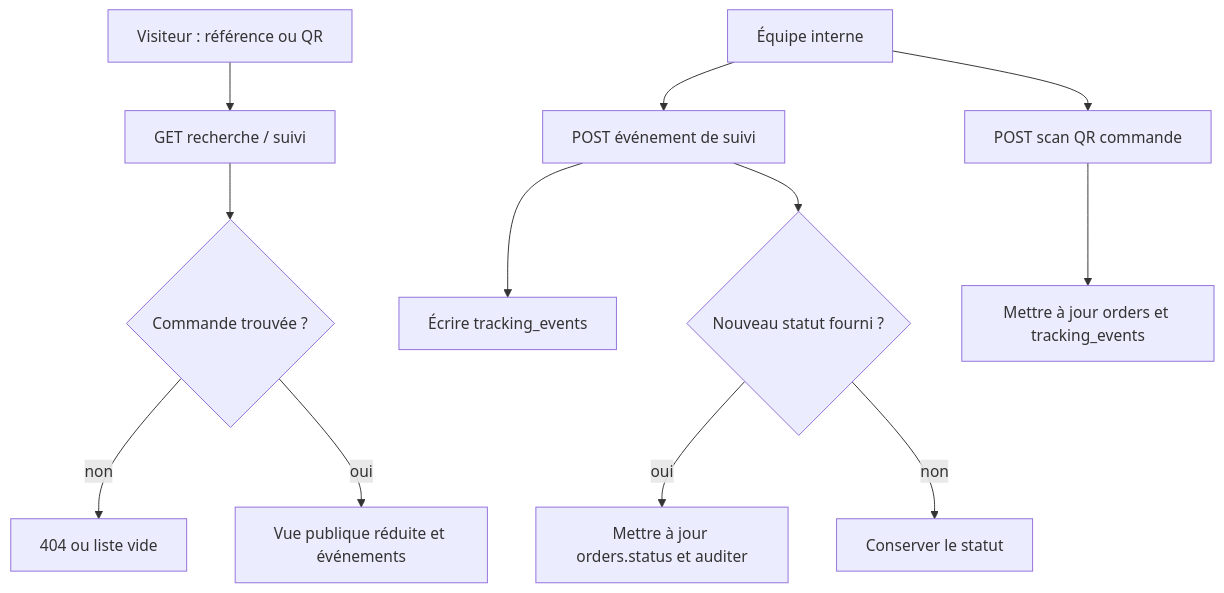
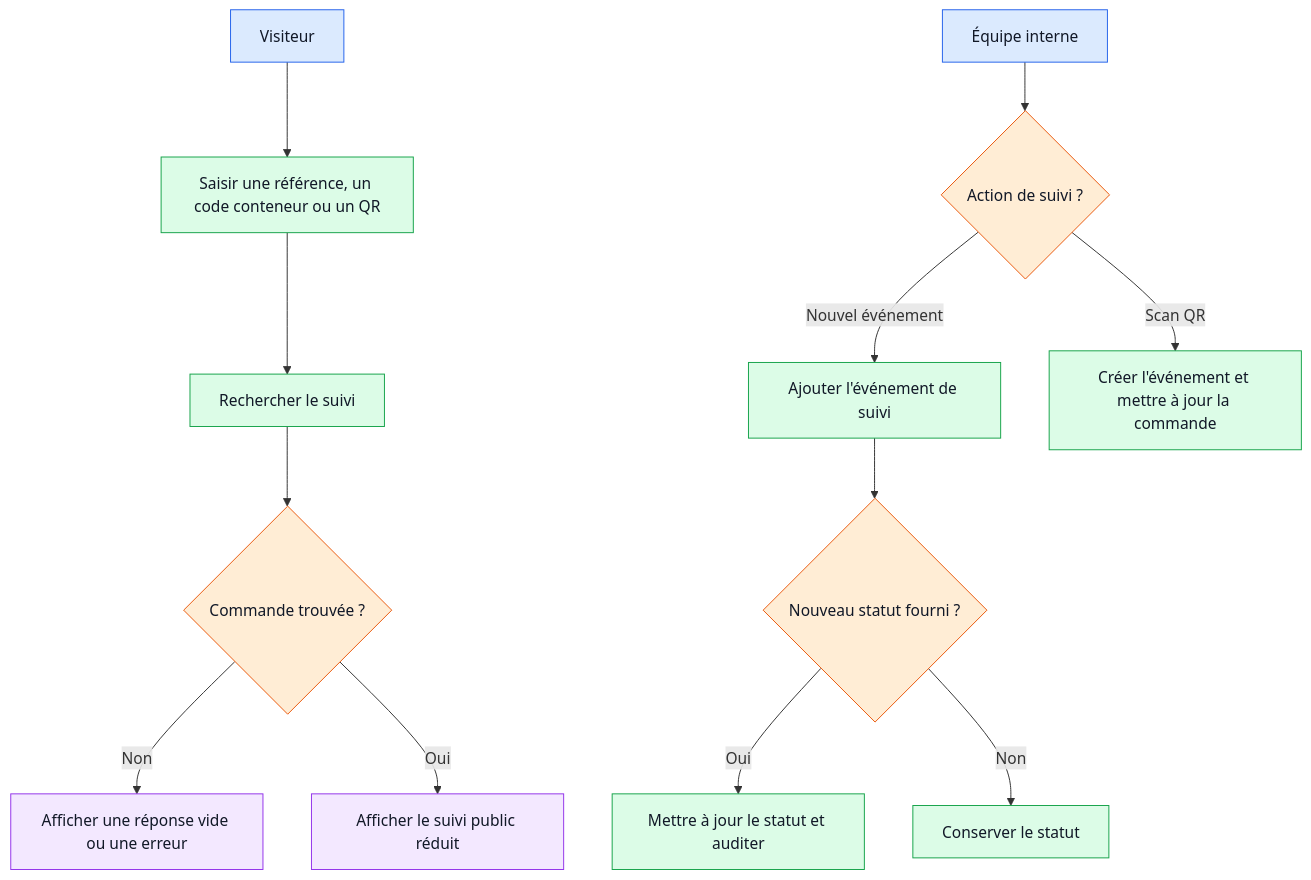
The second of 2 diagrams in docs/workflows/04-suivi-qr-et-acces-public.md (LordVERTON/danemo-website), drawn with Mermaid before and after one commit. The commit also changed other lines of this file and 8 other files, not shown here.

Commit message:
docs(workflows): add sequence and simplified diagrams

````diff
--- a/docs/workflows/04-suivi-qr-et-acces-public.md
+++ b/docs/workflows/04-suivi-qr-et-acces-public.md
@@ -32,14 +60,23 @@
 ```mermaid
 flowchart TD
-  P[Visiteur : référence ou QR] --> R[GET recherche / suivi]
-  R --> O{Commande trouvée ?}
-  O -- non --> N[404 ou liste vide]
-  O -- oui --> V[Vue publique réduite et événements]
-  S[Équipe interne] --> T[POST événement de suivi]
-  T --> E[Écrire tracking_events]
-  T --> U{Nouveau statut fourni ?}
-  U -- oui --> C[Mettre à jour orders.status et auditer]
-  U -- non --> H[Conserver le statut]
-  S --> Q[POST scan QR commande]
-  Q --> K[Mettre à jour orders et tracking_events]
+  A[Visiteur] --> B[Saisir une référence, un code conteneur ou un QR]
+  B --> C[Rechercher le suivi]
+  C --> D{Commande trouvée ?}
+  D -- Non --> E[Afficher une réponse vide ou une erreur]
+  D -- Oui --> F[Afficher le suivi public réduit]
+  G[Équipe interne] --> H{Action de suivi ?}
+  H -- Nouvel événement --> I[Ajouter l'événement de suivi]
+  I --> J{Nouveau statut fourni ?}
+  J -- Oui --> K[Mettre à jour le statut et auditer]
+  J -- Non --> L[Conserver le statut]
+  H -- Scan QR --> M[Créer l'événement et mettre à jour la commande]
+
+  classDef actor fill:#dbeafe,stroke:#2563eb,color:#111827;
+  classDef control fill:#ffedd5,stroke:#ea580c,color:#111827;
+  classDef action fill:#dcfce7,stroke:#16a34a,color:#111827;
+  classDef result fill:#f3e8ff,stroke:#9333ea,color:#111827;
+  class A,G actor;
+  class D,H,J control;
+  class B,C,I,K,L,M action;
+  class E,F result;
 ```
````
